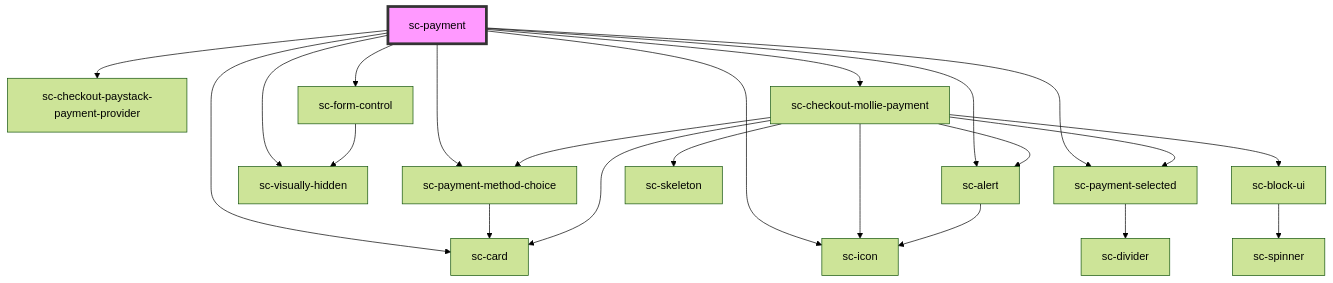
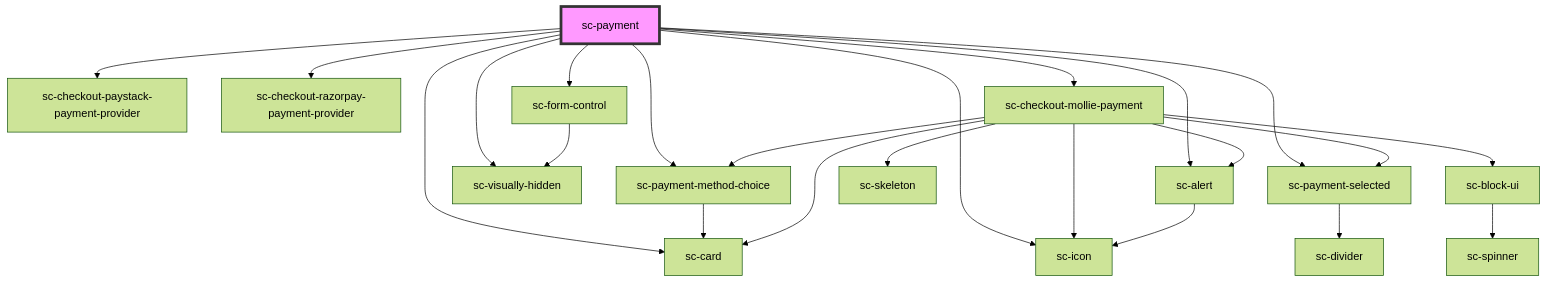
The diagram in packages/components/src/components/controllers/checkout-form/payment/readme.md (surecart/surecart-wp-plugin), drawn with Mermaid (forest theme) before and after one commit. The commit also changed other lines of this file and 9 other files, not shown here.

Commit message:
Integrated Razorpay and checkout

````diff
--- a/packages/components/src/components/controllers/checkout-form/payment/readme.md
+++ b/packages/components/src/components/controllers/checkout-form/payment/readme.md
@@ -46,25 +47,26 @@
 ```mermaid
 graph TD;
   sc-payment --> sc-payment-method-choice
   sc-payment --> sc-icon
   sc-payment --> sc-visually-hidden
   sc-payment --> sc-card
   sc-payment --> sc-payment-selected
   sc-payment --> sc-checkout-paystack-payment-provider
+  sc-payment --> sc-checkout-razorpay-payment-provider
   sc-payment --> sc-form-control
   sc-payment --> sc-checkout-mollie-payment
   sc-payment --> sc-alert
   sc-payment-method-choice --> sc-card
   sc-payment-selected --> sc-divider
   sc-form-control --> sc-visually-hidden
   sc-checkout-mollie-payment --> sc-card
   sc-checkout-mollie-payment --> sc-skeleton
   sc-checkout-mollie-payment --> sc-alert
   sc-checkout-mollie-payment --> sc-payment-method-choice
   sc-checkout-mollie-payment --> sc-payment-selected
   sc-checkout-mollie-payment --> sc-block-ui
   sc-checkout-mollie-payment --> sc-icon
   sc-alert --> sc-icon
   sc-block-ui --> sc-spinner
   style sc-payment fill:#f9f,stroke:#333,stroke-width:4px
 ```
````
